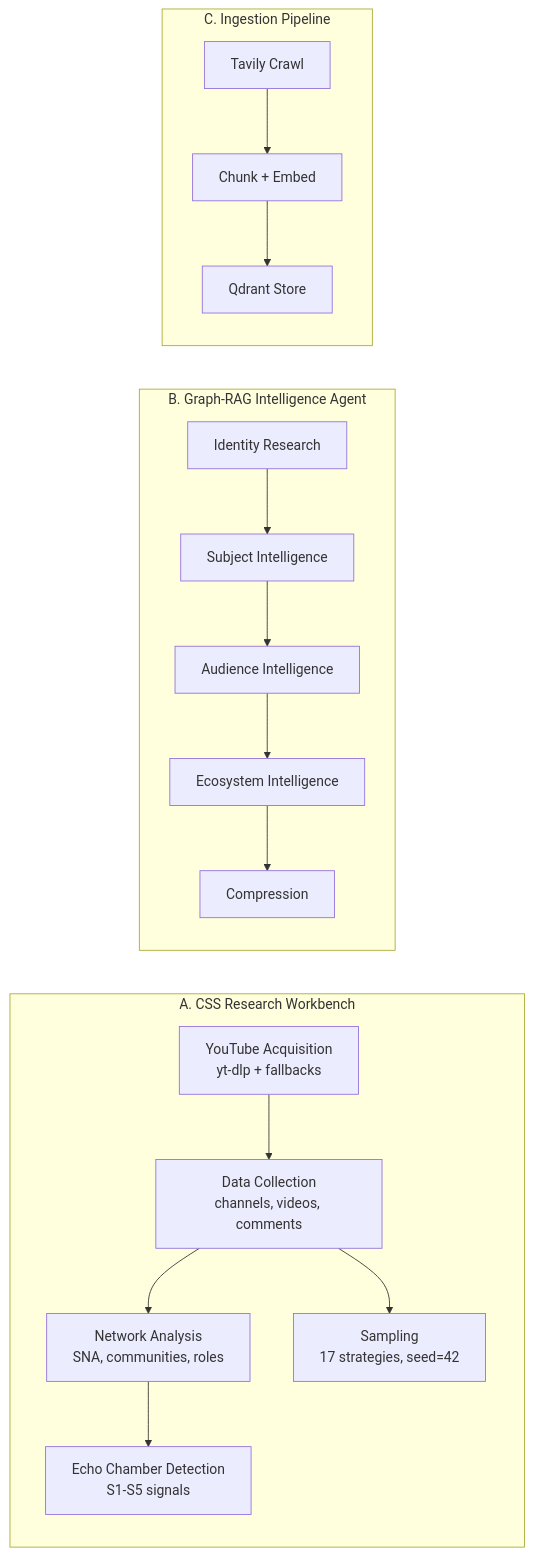
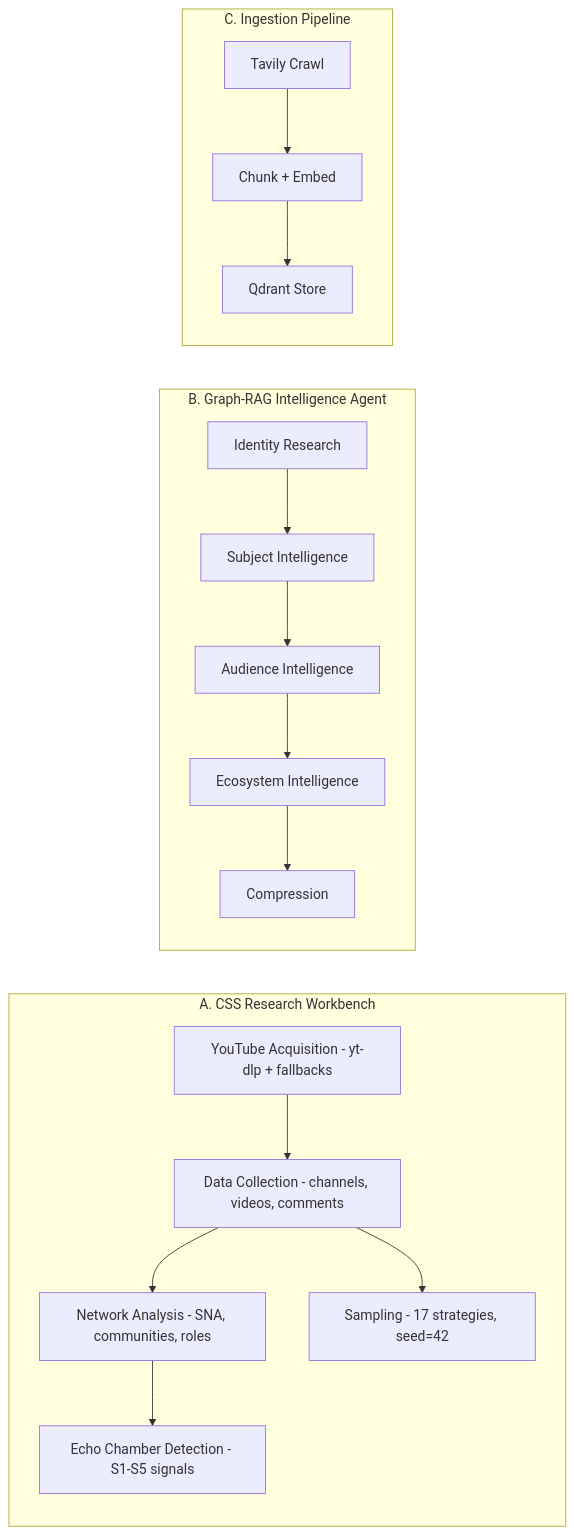
The second of 7 diagrams in README.md (Ahmed-yasser86/The_CSocial_Science_Lab), drawn with Mermaid before and after one commit. The commit also changed other lines of this file, not shown here.

First line of the commit message:
fix: remove <br/> tags from Mermaid diagrams in README

````diff
--- a/README.md
+++ b/README.md
@@ -454,26 +454,26 @@
 ```mermaid
 graph LR
     subgraph "A. CSS Research Workbench"
-        A1[YouTube Acquisition<br/>yt-dlp + fallbacks]
-        A2[Data Collection<br/>channels, videos, comments]
-        A3[Network Analysis<br/>SNA, communities, roles]
-        A4[Echo Chamber Detection<br/>S1-S5 signals]
-        A5[Sampling<br/>17 strategies, seed=42]
+        A1[YouTube Acquisition - yt-dlp + fallbacks]
+        A2[Data Collection - channels, videos, comments]
+        A3[Network Analysis - SNA, communities, roles]
+        A4[Echo Chamber Detection - S1-S5 signals]
+        A5[Sampling - 17 strategies, seed=42]
     end
     subgraph "B. Graph-RAG Intelligence Agent"
         B1[Identity Research]
         B2[Subject Intelligence]
         B3[Audience Intelligence]
         B4[Ecosystem Intelligence]
         B5[Compression]
     end
     subgraph "C. Ingestion Pipeline"
         C1[Tavily Crawl]
         C2[Chunk + Embed]
         C3[Qdrant Store]
     end
     A1 --> A2 --> A3 --> A4
     A2 --> A5
     B1 --> B2 --> B3 --> B4 --> B5
     C1 --> C2 --> C3
 ```
````
